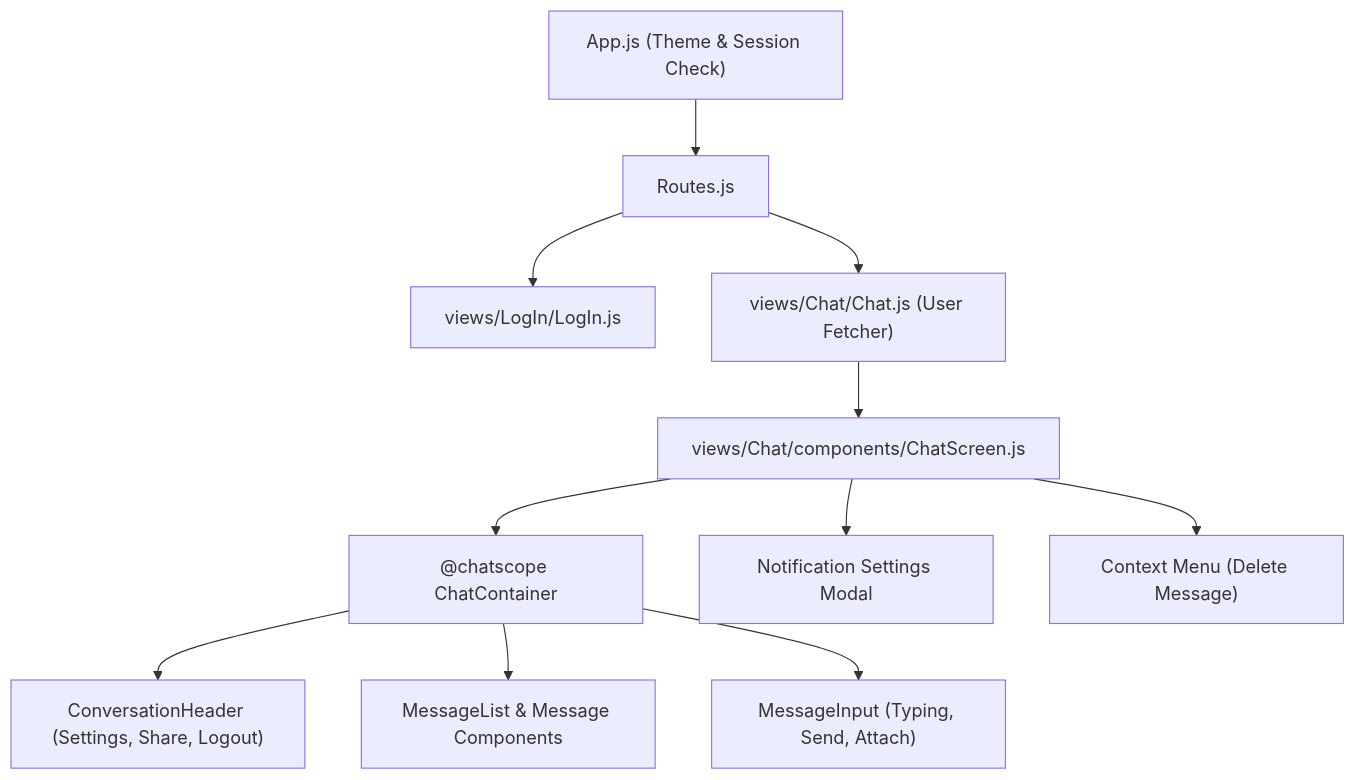
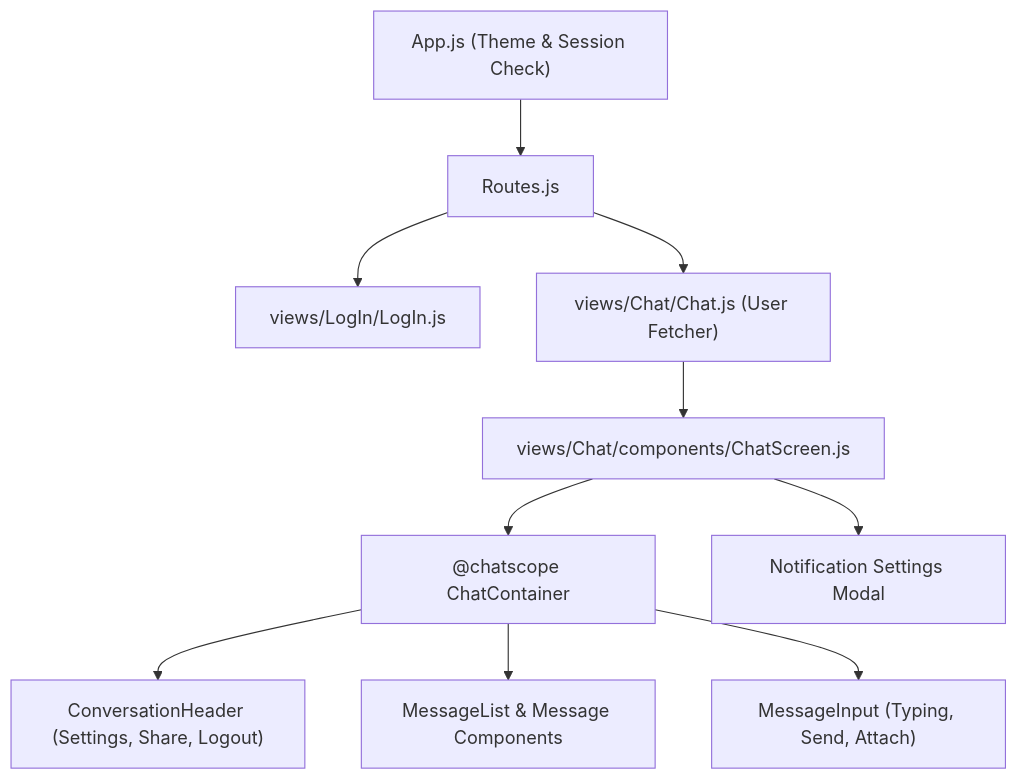
The second of 3 diagrams in .ai/ARCHITECTURE.md (shubhamstr/Realtime-Chat-App), drawn with Mermaid before and after one commit. The commit also changed other lines of this file and 11 other files, not shown here.

Commit message:
removed chat delete option, disabled auto deploy

````diff
--- a/.ai/ARCHITECTURE.md
+++ b/.ai/ARCHITECTURE.md
@@ -37,14 +37,13 @@
 ```mermaid
 graph TD
     App["App.js (Theme & Session Check)"]
     App --> Routes["Routes.js"]
     Routes --> LogInView["views/LogIn/LogIn.js"]
     Routes --> ChatView["views/Chat/Chat.js (User Fetcher)"]
     ChatView --> ChatScreen["views/Chat/components/ChatScreen.js"]
     ChatScreen --> ChatContainer["@chatscope ChatContainer"]
     ChatContainer --> ConversationHeader["ConversationHeader (Settings, Share, Logout)"]
     ChatContainer --> MessageList["MessageList & Message Components"]
     ChatContainer --> MessageInput["MessageInput (Typing, Send, Attach)"]
     ChatScreen --> NotificationModal["Notification Settings Modal"]
-    ChatScreen --> ContextMenu["Context Menu (Delete Message)"]
 ```
````
